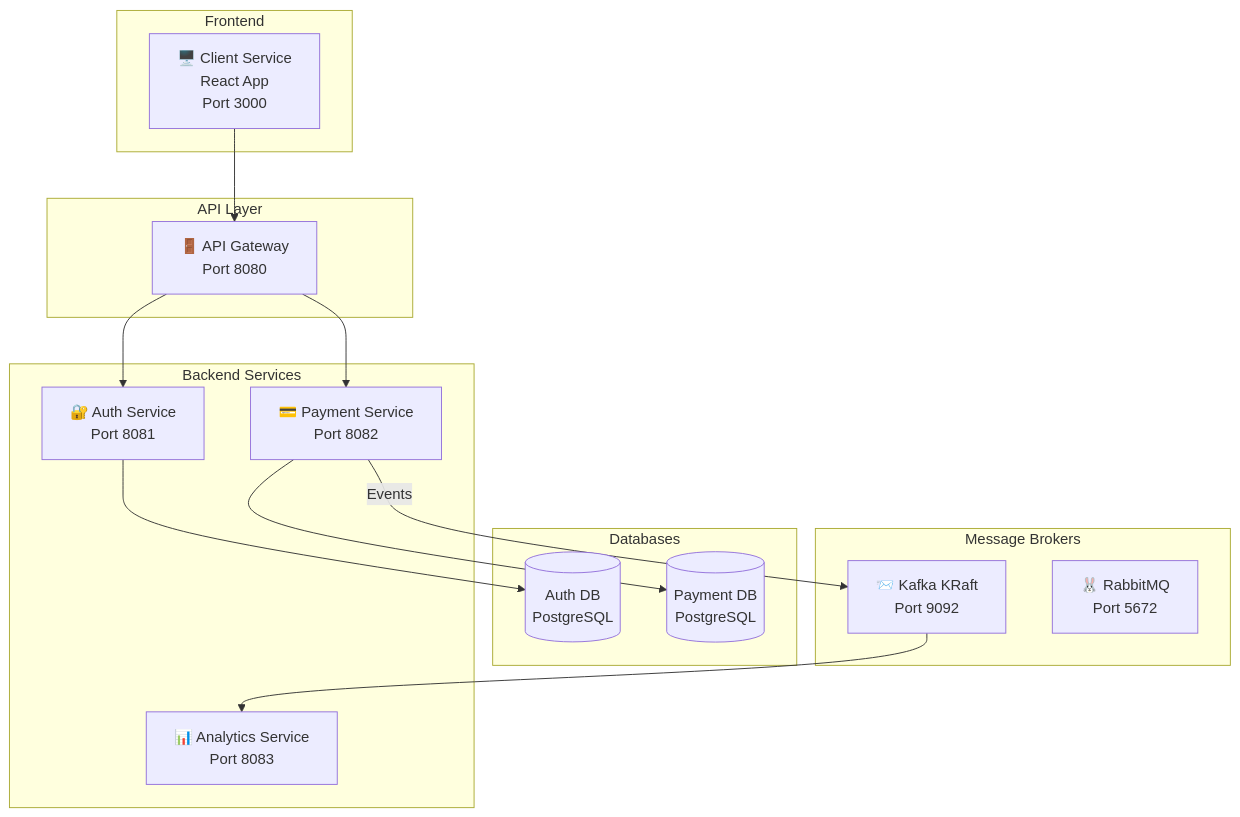
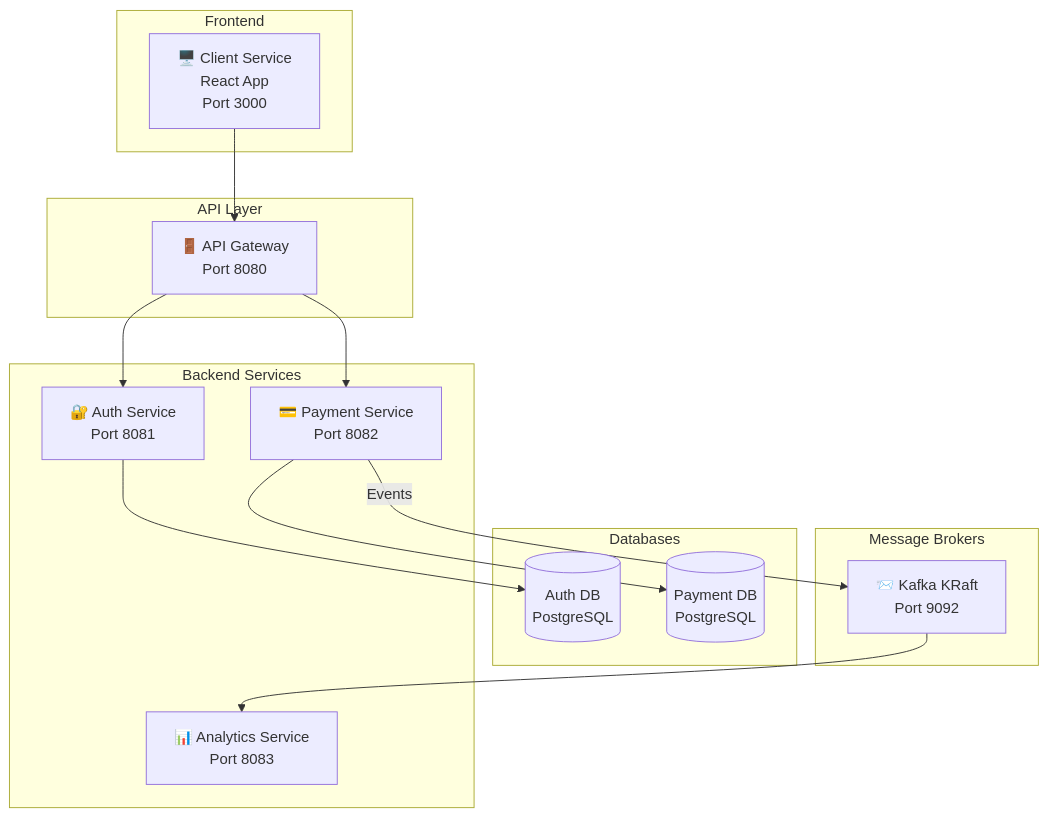
Before and after one commit to tkaewplik/go-microservices: the first of 5 diagrams in docs/ARCHITECTURE.md, drawn with Mermaid. The commit also changed 3 other files, not shown here.

````diff
--- a/docs/ARCHITECTURE.md
+++ b/docs/ARCHITECTURE.md
@@ -9,34 +9,33 @@
 ```mermaid
 graph TB
     subgraph "Frontend"
         CS[🖥️ Client Service<br/>React App<br/>Port 3000]
     end
 
     subgraph "API Layer"
         GW[🚪 API Gateway<br/>Port 8080]
     end
 
     subgraph "Backend Services"
         AS[🔐 Auth Service<br/>Port 8081]
         PS[💳 Payment Service<br/>Port 8082]
         AN[📊 Analytics Service<br/>Port 8083]
     end
 
     subgraph "Databases"
         ADB[(Auth DB<br/>PostgreSQL)]
         PDB[(Payment DB<br/>PostgreSQL)]
     end
 
     subgraph "Message Brokers"
         KF[📨 Kafka KRaft<br/>Port 9092]
-        RMQ[🐰 RabbitMQ<br/>Port 5672]
     end
 
     CS --> GW
     GW --> AS
     GW --> PS
     AS --> ADB
     PS --> PDB
     PS -->|Events| KF
     KF --> AN
 ```
````
